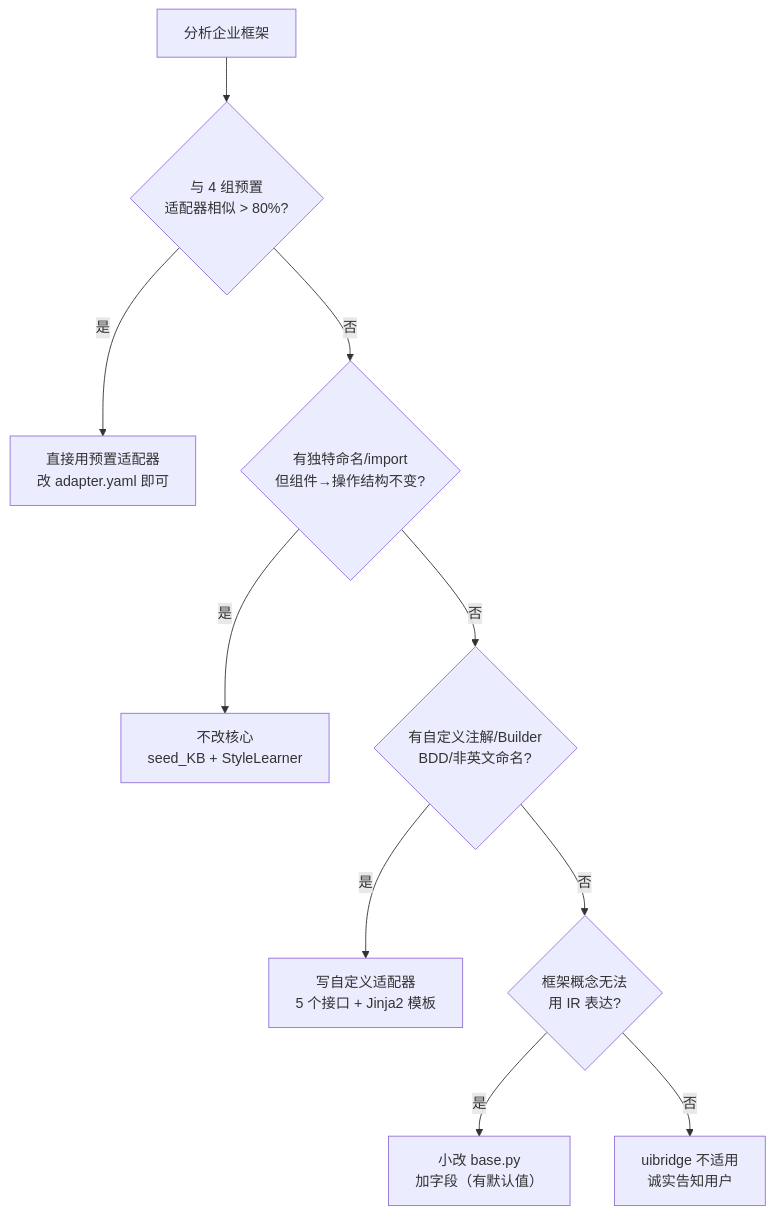
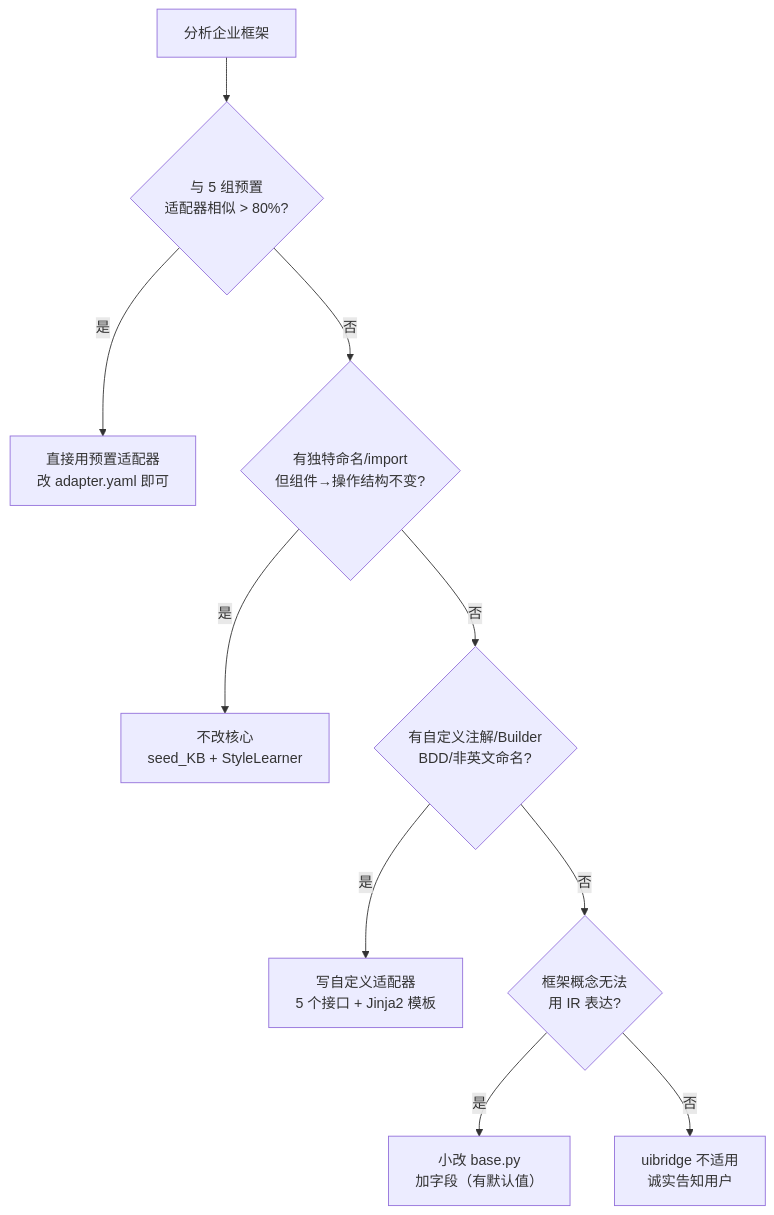
The second of 2 diagrams in docs/adapter-guide.md (timgunnar/UIBridge), drawn with Mermaid before and after one commit. The commit also changed other lines of this file and 27 other files, not shown here.

````diff
--- a/docs/adapter-guide.md
+++ b/docs/adapter-guide.md
@@ -325,12 +326,12 @@
 ```mermaid
 flowchart TD
-    A["分析企业框架"] --> B{"与 4 组预置<br/>适配器相似 > 80%?"}
+    A["分析企业框架"] --> B{"与 5 组预置<br/>适配器相似 > 80%?"}
     B -->|"是"| C["直接用预置适配器<br/>改 adapter.yaml 即可"]
     B -->|"否"| D{"有独特命名/import<br/>但组件→操作结构不变?"}
     D -->|"是"| E["不改核心<br/>seed_KB + StyleLearner"]
     D -->|"否"| F{"有自定义注解/Builder<br/>BDD/非英文命名?"}
     F -->|"是"| G["写自定义适配器<br/>5 个接口 + Jinja2 模板"]
     F -->|"否"| H{"框架概念无法<br/>用 IR 表达?"}
     H -->|"是"| I["小改 base.py<br/>加字段（有默认值）"]
     H -->|"否"| J["uibridge 不适用<br/>诚实告知用户"]
 ```
````
